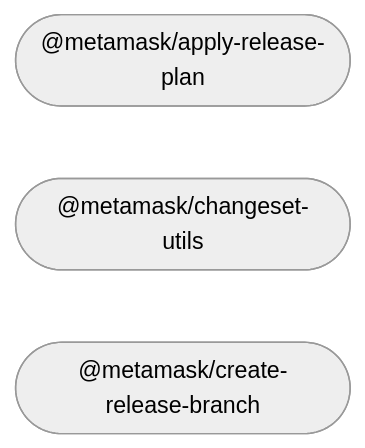
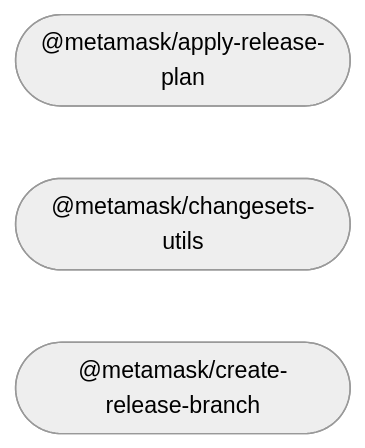
Before and after one commit to MetaMask/release-tools: the diagram in README.md, drawn with Mermaid (neutral theme). The commit also changed other lines of this file and 23 other files, not shown here.

First line of the commit message:
refactor: rename changeset utils package (#79)

````diff
--- a/README.md
+++ b/README.md
@@ -27,8 +27,8 @@
 ```mermaid
 %%{ init: { 'flowchart': { 'curve': 'bumpX' } } }%%
 graph LR;
 linkStyle default opacity:0.5
   apply_release_plan(["@metamask/apply-release-plan"]);
-  changeset_utils(["@metamask/changeset-utils"]);
+  changesets_utils(["@metamask/changesets-utils"]);
   create_release_branch(["@metamask/create-release-branch"]);
 ```
````
